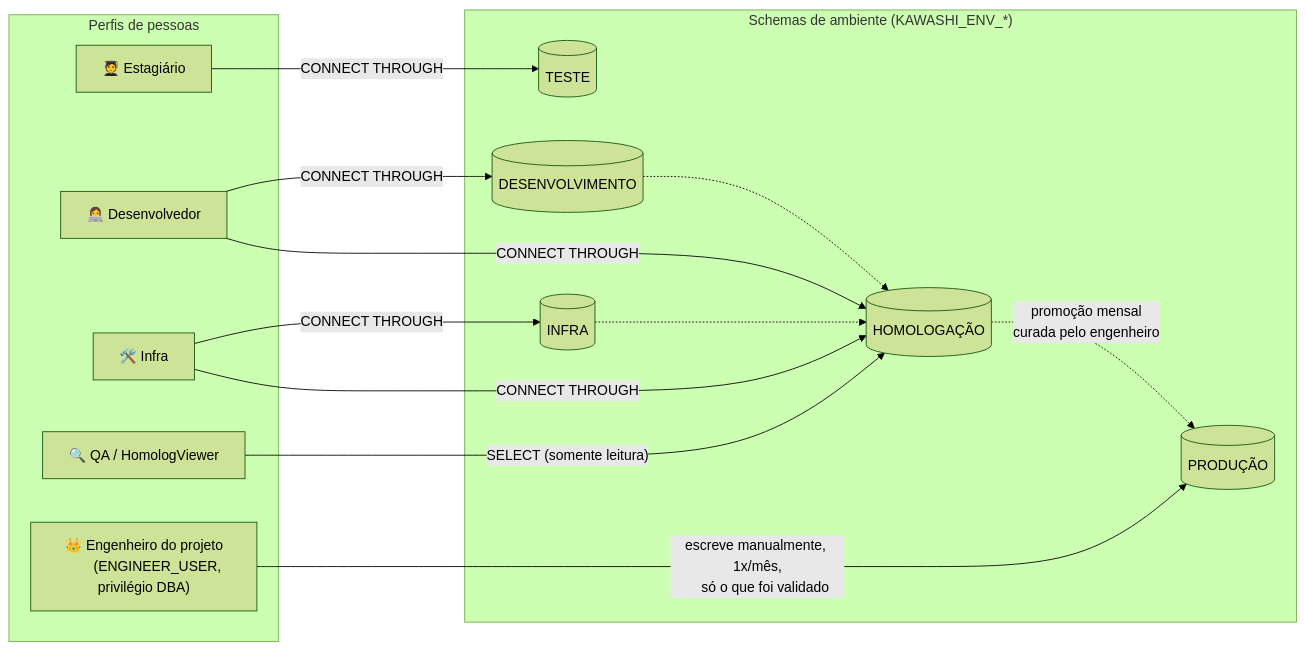
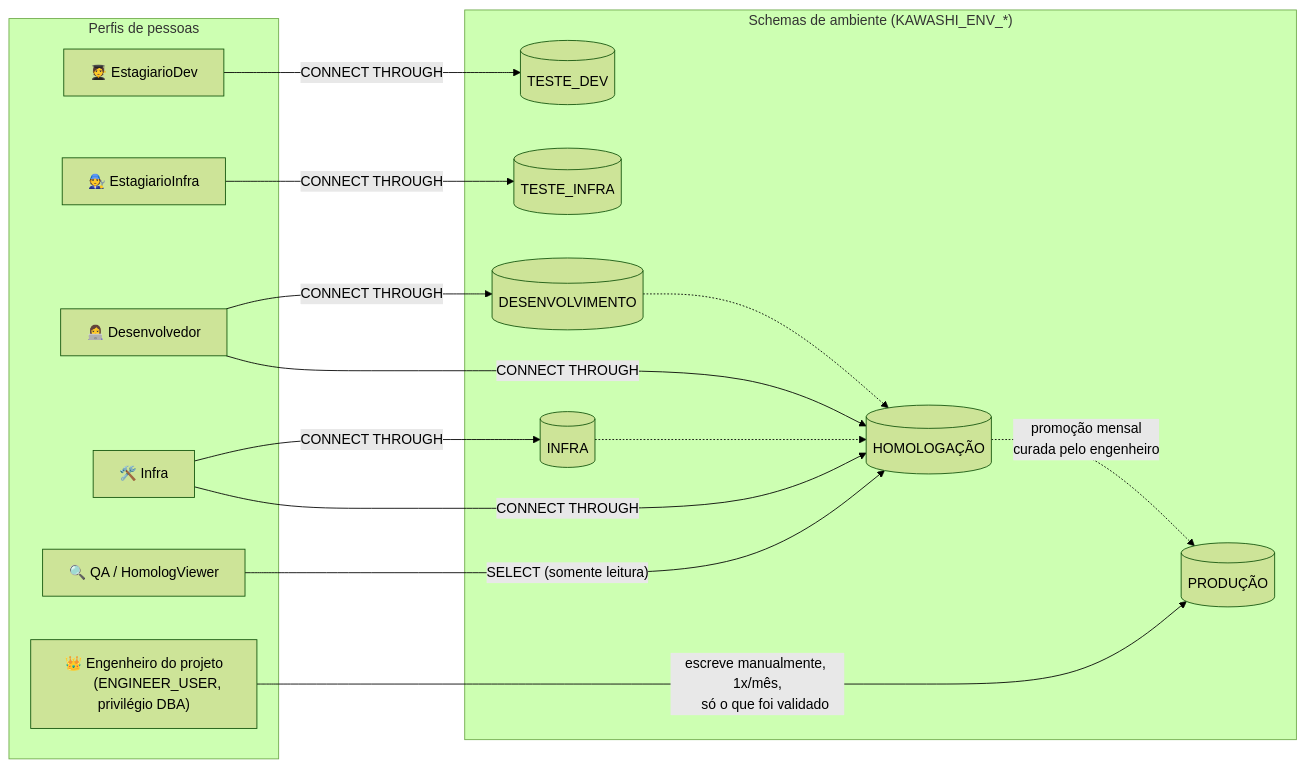
Before and after one commit to caioteixeir4/regras-banco-usp: the second of 4 diagrams in infra/docs/arquitetura.md, drawn with Mermaid (forest theme). The commit also changed other lines of this file and 19 other files, not shown here.

````diff
--- a/infra/docs/arquitetura.md
+++ b/infra/docs/arquitetura.md
@@ -53,33 +55,36 @@
 ```mermaid
 flowchart LR
     subgraph Pessoas["Perfis de pessoas"]
-        Estagiario["🧑‍🎓 Estagiário"]
+        EstagiarioDev["🧑‍🎓 EstagiarioDev"]
+        EstagiarioInfra["🧑‍🔧 EstagiarioInfra"]
         Desenvolvedor["👩‍💻 Desenvolvedor"]
         Infra["🛠️ Infra"]
         QA["🔍 QA / HomologViewer"]
         Engenheiro["👑 Engenheiro do projeto
         (ENGINEER_USER, privilégio DBA)"]
     end
 
     subgraph Ambientes["Schemas de ambiente (KAWASHI_ENV_*)"]
-        Teste[("TESTE")]
+        TesteDev[("TESTE_DEV")]
+        TesteInfra[("TESTE_INFRA")]
         Dev[("DESENVOLVIMENTO")]
         InfraEnv[("INFRA")]
         Homolog[("HOMOLOGAÇÃO")]
         Prod[("PRODUÇÃO")]
     end
 
-    Estagiario -- "CONNECT THROUGH" --> Teste
+    EstagiarioDev -- "CONNECT THROUGH" --> TesteDev
+    EstagiarioInfra -- "CONNECT THROUGH" --> TesteInfra
     Desenvolvedor -- "CONNECT THROUGH" --> Dev
     Desenvolvedor -- "CONNECT THROUGH" --> Homolog
     Infra -- "CONNECT THROUGH" --> InfraEnv
     Infra -- "CONNECT THROUGH" --> Homolog
     QA -- "SELECT (somente leitura)" --> Homolog
     Engenheiro -- "escreve manualmente, 1x/mês,
     só o que foi validado" --> Prod
 
     Dev -.-> Homolog
     InfraEnv -.-> Homolog
     Homolog -. "promoção mensal
     curada pelo engenheiro" .-> Prod
 ```
````
